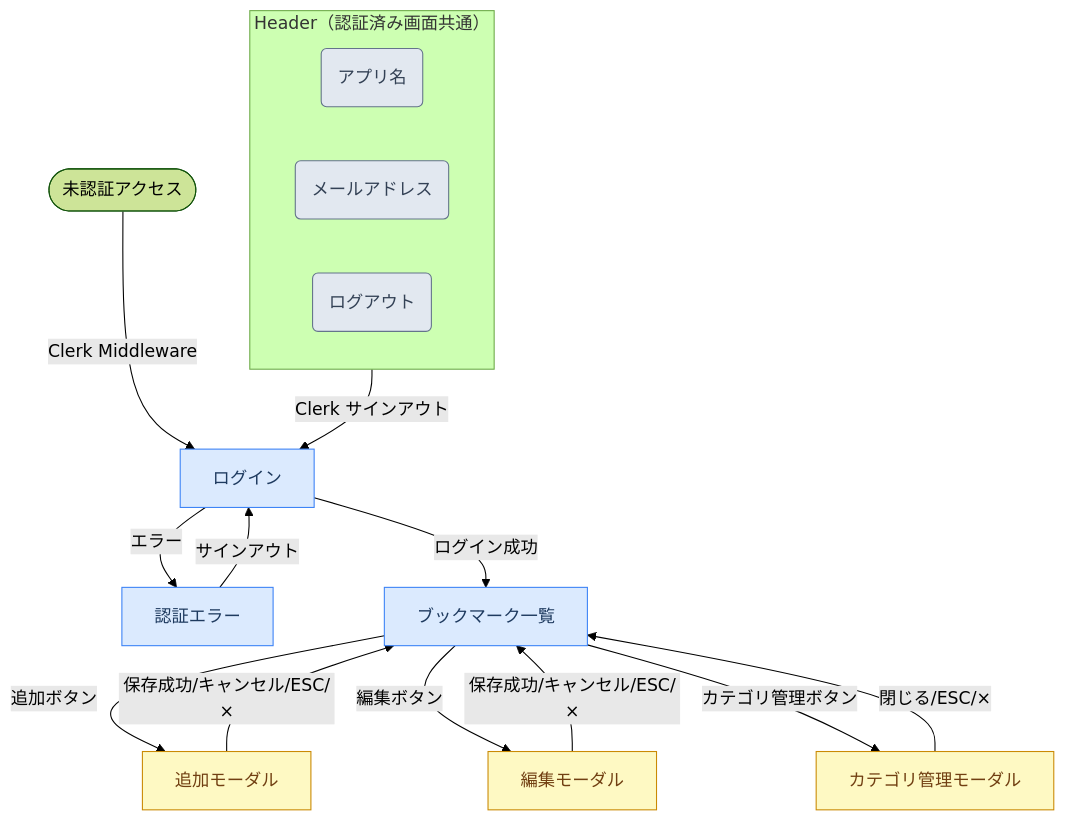
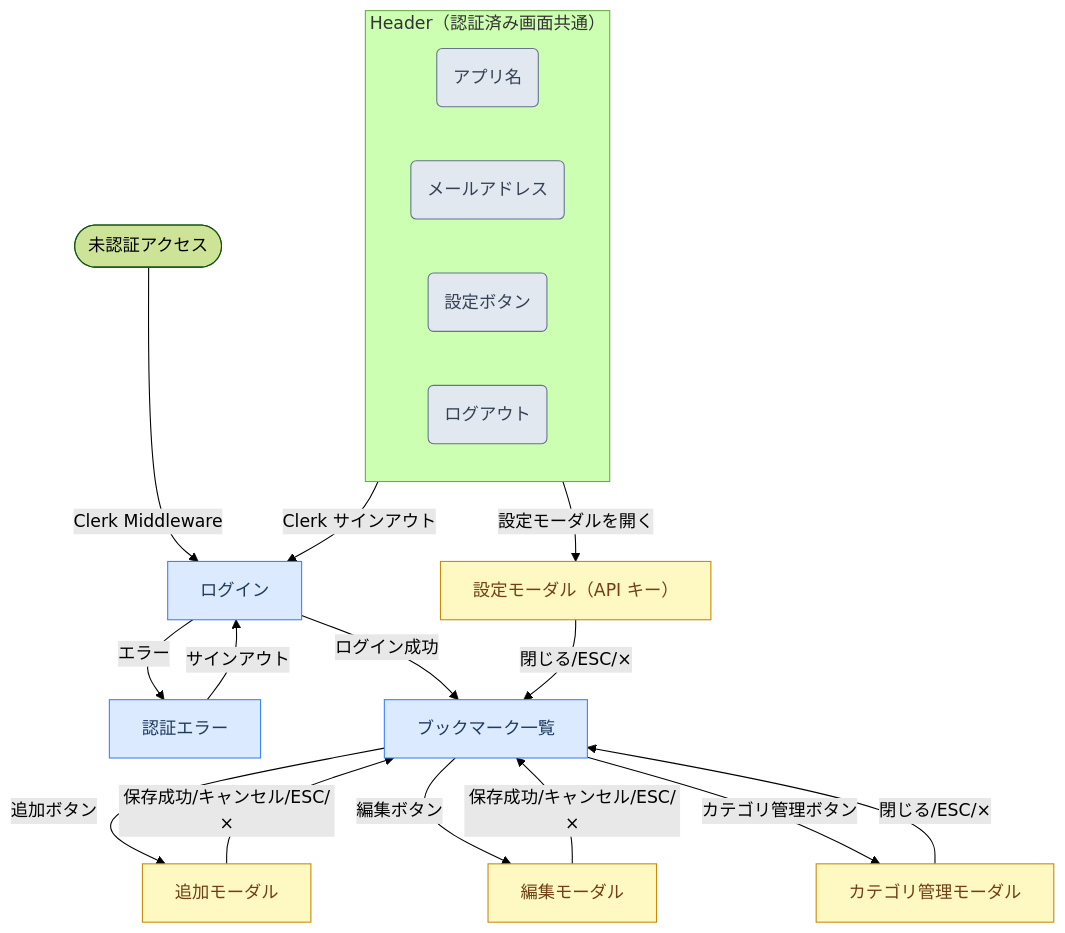
One commit to ot-nemoto/link-hub changed the diagram in docs/ui.md. Above: the diagram before and after it, drawn with Mermaid (forest theme). The commit also changed 2 other files, not shown here.

Commit message:
docs: 残りの重複・コード複製・陳腐化を整理 (T106)
- architecture.md の環境変数 .env ブロックを削除し development.md へポインタ化（重複解消）
- auth.md のユーザーデータ分離を CLAUDE.md セキュリティルールへポインタ化（重複解消）
- auth.md の Session 型・getSession シグネチャのコードスニペットを削除（コードが正）
- auth.md の保護対象ルートに /api/bookmarks（public・API キー認証）を追記（陳腐化修正）
- ui.md の画面遷移図に設定ボタン→設定モーダルを反映（陳腐化修正）

````diff
--- a/docs/ui.md
+++ b/docs/ui.md
@@ -15,37 +15,41 @@
 ```mermaid
 flowchart TD
     classDef screen fill:#dbeafe,stroke:#3b82f6,color:#1e3a5f
     classDef modal fill:#fef9c3,stroke:#ca8a04,color:#713f12
     classDef nav fill:#e2e8f0,stroke:#64748b,color:#334155
 
     UNAUTH([未認証アクセス])
     LOGIN[ログイン]:::screen
     AUTH_ERROR[認証エラー]:::screen
     LIST[ブックマーク一覧]:::screen
 
     ADD_MODAL[追加モーダル]:::modal
     EDIT_MODAL[編集モーダル]:::modal
     TAG_MODAL[カテゴリ管理モーダル]:::modal
+    SETTINGS_MODAL[設定モーダル（API キー）]:::modal
 
     UNAUTH -->|Clerk Middleware| LOGIN
     LOGIN -->|ログイン成功| LIST
     LOGIN -->|エラー| AUTH_ERROR
     AUTH_ERROR -->|サインアウト| LOGIN
 
     LIST -->|追加ボタン| ADD_MODAL
     LIST -->|編集ボタン| EDIT_MODAL
     LIST -->|カテゴリ管理ボタン| TAG_MODAL
 
     ADD_MODAL -->|保存成功/キャンセル/ESC/×| LIST
     EDIT_MODAL -->|保存成功/キャンセル/ESC/×| LIST
     TAG_MODAL -->|閉じる/ESC/×| LIST
+    SETTINGS_MODAL -->|閉じる/ESC/×| LIST
 
     subgraph Header ["Header（認証済み画面共通）"]
         direction LR
         H_APP(アプリ名):::nav
         H_EMAIL(メールアドレス):::nav
+        H_SETTINGS(設定ボタン):::nav
         H_LOGOUT(ログアウト):::nav
     end
 
+    H_SETTINGS -->|設定モーダルを開く| SETTINGS_MODAL
     H_LOGOUT -->|Clerk サインアウト| LOGIN
 ```
````
